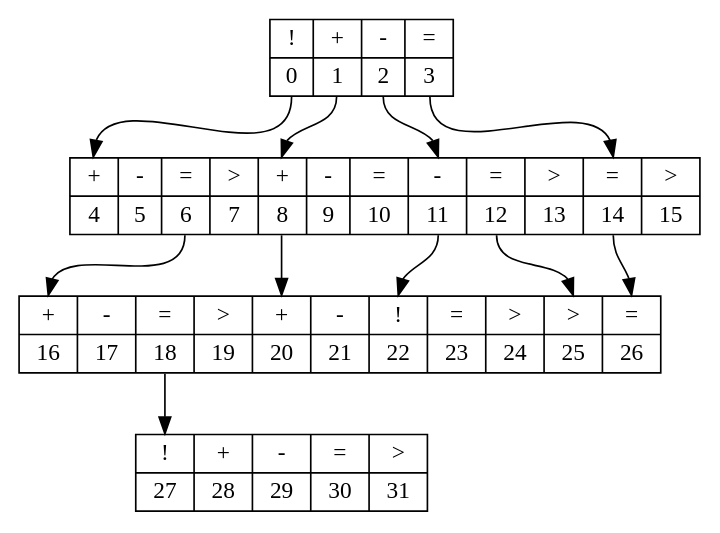
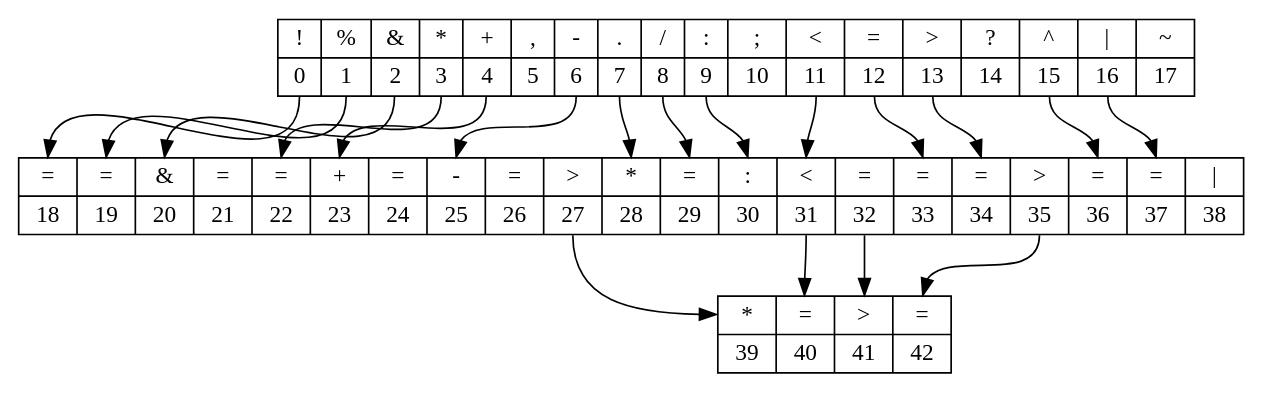
The diagram in doc/trie_flat2.dot (al-martyn1/umba-md-pp), drawn with Graphviz before and after one commit. The commit also changed 5 other files, not shown here.

```diff
--- a/doc/trie_flat2.dot
+++ b/doc/trie_flat2.dot
@@ -1,17 +1,24 @@
 digraph structs {
 node [shape=record];
-L0[label="{<I0>!|<O0>0}|{<I1>+|<O1>1}|{<I2>-|<O2>2}|{<I3>=|<O3>3}"];
-L1[label="{<I4>+|<O4>4}|{<I5>-|<O5>5}|{<I6>=|<O6>6}|{<I7>\>|<O7>7}|{<I8>+|<O8>8}|{<I9>-|<O9>9}|{<I10>=|<O10>10}|{<I11>-|<O11>11}|{<I12>=|<O12>12}|{<I13>\>|<O13>13}|{<I14>=|<O14>14}|{<I15>\>|<O15>15}"];
-L2[label="{<I16>+|<O16>16}|{<I17>-|<O17>17}|{<I18>=|<O18>18}|{<I19>\>|<O19>19}|{<I20>+|<O20>20}|{<I21>-|<O21>21}|{<I22>!|<O22>22}|{<I23>=|<O23>23}|{<I24>\>|<O24>24}|{<I25>\>|<O25>25}|{<I26>=|<O26>26}"];
-L3[label="{<I27>!|<O27>27}|{<I28>+|<O28>28}|{<I29>-|<O29>29}|{<I30>=|<O30>30}|{<I31>\>|<O31>31}"];
-L0:O0 -> L1:I4
-L0:O1 -> L1:I8
-L0:O2 -> L1:I11
-L0:O3 -> L1:I14
-L1:O6 -> L2:I16
-L1:O8 -> L2:I20
-L1:O11 -> L2:I22
-L1:O12 -> L2:I25
-L1:O14 -> L2:I26
-L2:O18 -> L3:I27
+L0[label="{<I0>!|<O0>0}|{<I1>%|<O1>1}|{<I2>&|<O2>2}|{<I3>*|<O3>3}|{<I4>+|<O4>4}|{<I5>,|<O5>5}|{<I6>-|<O6>6}|{<I7>.|<O7>7}|{<I8>/|<O8>8}|{<I9>:|<O9>9}|{<I10>;|<O10>10}|{<I11>\<|<O11>11}|{<I12>=|<O12>12}|{<I13>\>|<O13>13}|{<I14>?|<O14>14}|{<I15>^|<O15>15}|{<I16>\||<O16>16}|{<I17>~|<O17>17}"];
+L1[label="{<I18>=|<O18>18}|{<I19>=|<O19>19}|{<I20>&|<O20>20}|{<I21>=|<O21>21}|{<I22>=|<O22>22}|{<I23>+|<O23>23}|{<I24>=|<O24>24}|{<I25>-|<O25>25}|{<I26>=|<O26>26}|{<I27>\>|<O27>27}|{<I28>*|<O28>28}|{<I29>=|<O29>29}|{<I30>:|<O30>30}|{<I31>\<|<O31>31}|{<I32>=|<O32>32}|{<I33>=|<O33>33}|{<I34>=|<O34>34}|{<I35>\>|<O35>35}|{<I36>=|<O36>36}|{<I37>=|<O37>37}|{<I38>\||<O38>38}"];
+L2[label="{<I39>*|<O39>39}|{<I40>=|<O40>40}|{<I41>\>|<O41>41}|{<I42>=|<O42>42}"];
+L0:O0 -> L1:I18
+L0:O1 -> L1:I19
+L0:O2 -> L1:I20
+L0:O3 -> L1:I22
+L0:O4 -> L1:I23
+L0:O6 -> L1:I25
+L0:O7 -> L1:I28
+L0:O8 -> L1:I29
+L0:O9 -> L1:I30
+L0:O11 -> L1:I31
+L0:O12 -> L1:I33
+L0:O13 -> L1:I34
+L0:O15 -> L1:I36
+L0:O16 -> L1:I37
+L1:O27 -> L2:I39
+L1:O31 -> L2:I40
+L1:O32 -> L2:I41
+L1:O35 -> L2:I42
 }
```
